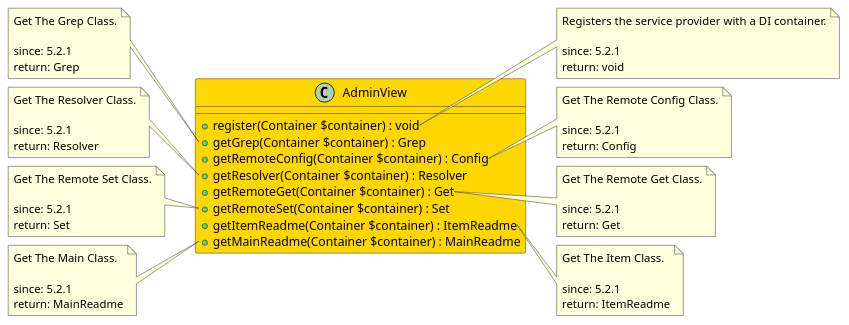
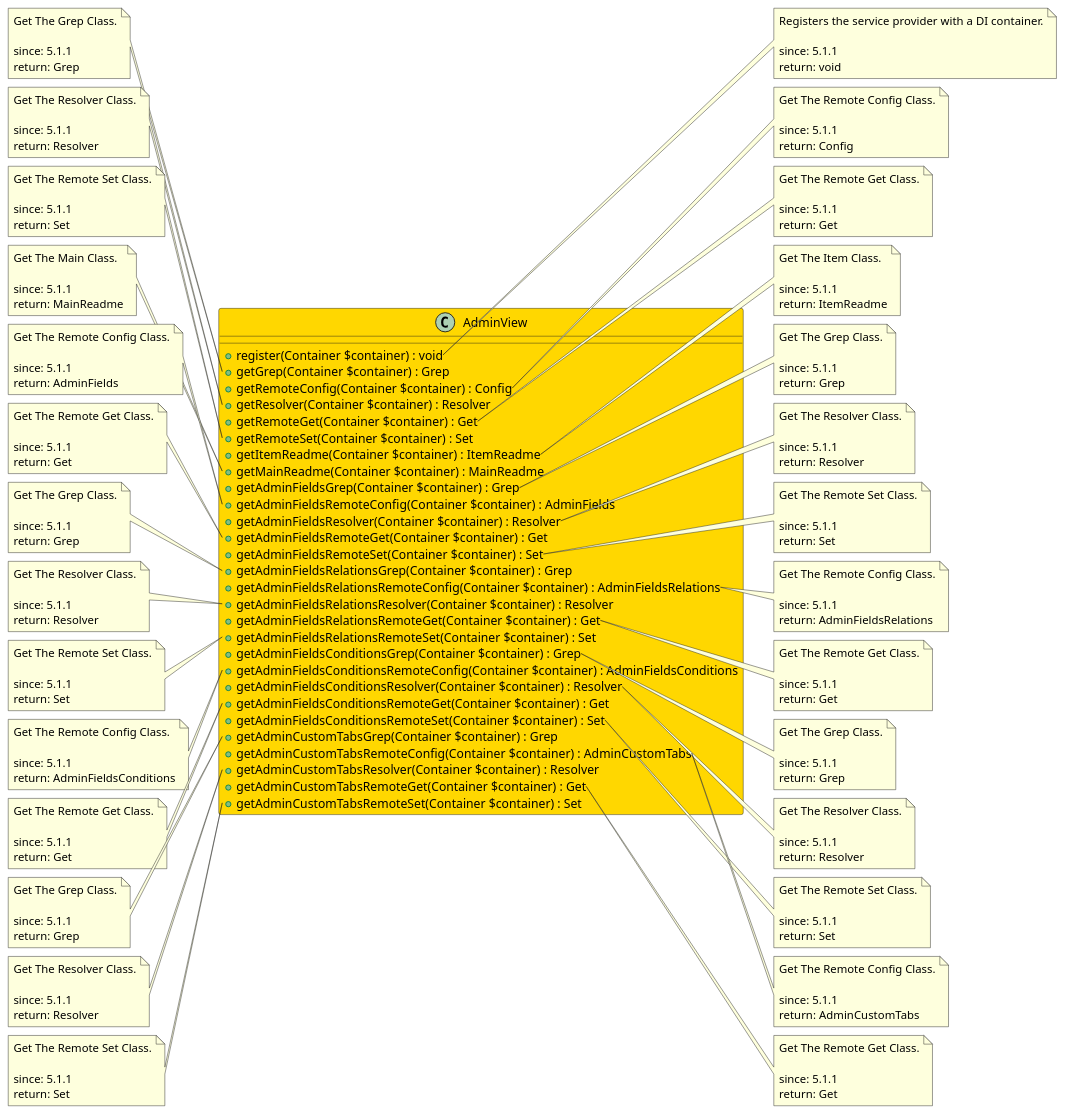
The diagram in src/22ff81e2-3f0f-4049-842c-622202c8e687/README.md (joomengine/jcb-packager), drawn with PlantUML before and after one commit. The commit also changed other lines of this file and 498 other files, not shown here.

````diff
--- a/src/22ff81e2-3f0f-4049-842c-622202c8e687/README.md
+++ b/src/22ff81e2-3f0f-4049-842c-622202c8e687/README.md
@@ -12,5 +5,6 @@
 ```uml
 @startuml
+
 class AdminView  #Gold {
   + register(Container $container) : void
   + getGrep(Container $container) : Grep
@@ -20,63 +14,223 @@
   + getRemoteSet(Container $container) : Set
   + getItemReadme(Container $container) : ItemReadme
   + getMainReadme(Container $container) : MainReadme
+  + getAdminFieldsGrep(Container $container) : Grep
+  + getAdminFieldsRemoteConfig(Container $container) : AdminFields
+  + getAdminFieldsResolver(Container $container) : Resolver
+  + getAdminFieldsRemoteGet(Container $container) : Get
+  + getAdminFieldsRemoteSet(Container $container) : Set
+  + getAdminFieldsRelationsGrep(Container $container) : Grep
+  + getAdminFieldsRelationsRemoteConfig(Container $container) : AdminFieldsRelations
+  + getAdminFieldsRelationsResolver(Container $container) : Resolver
+  + getAdminFieldsRelationsRemoteGet(Container $container) : Get
+  + getAdminFieldsRelationsRemoteSet(Container $container) : Set
+  + getAdminFieldsConditionsGrep(Container $container) : Grep
+  + getAdminFieldsConditionsRemoteConfig(Container $container) : AdminFieldsConditions
+  + getAdminFieldsConditionsResolver(Container $container) : Resolver
+  + getAdminFieldsConditionsRemoteGet(Container $container) : Get
+  + getAdminFieldsConditionsRemoteSet(Container $container) : Set
+  + getAdminCustomTabsGrep(Container $container) : Grep
+  + getAdminCustomTabsRemoteConfig(Container $container) : AdminCustomTabs
+  + getAdminCustomTabsResolver(Container $container) : Resolver
+  + getAdminCustomTabsRemoteGet(Container $container) : Get
+  + getAdminCustomTabsRemoteSet(Container $container) : Set
 }
 
 note right of AdminView::register
   Registers the service provider with a DI container.
 
-  since: 5.2.1
+  since: 5.1.1
   return: void
 end note
 
 note left of AdminView::getGrep
   Get The Grep Class.
 
-  since: 5.2.1
+  since: 5.1.1
   return: Grep
 end note
 
 note right of AdminView::getRemoteConfig
   Get The Remote Config Class.
 
-  since: 5.2.1
+  since: 5.1.1
   return: Config
 end note
 
 note left of AdminView::getResolver
   Get The Resolver Class.
 
-  since: 5.2.1
+  since: 5.1.1
   return: Resolver
 end note
 
 note right of AdminView::getRemoteGet
   Get The Remote Get Class.
 
-  since: 5.2.1
+  since: 5.1.1
   return: Get
 end note
 
 note left of AdminView::getRemoteSet
   Get The Remote Set Class.
 
-  since: 5.2.1
+  since: 5.1.1
   return: Set
 end note
 
 note right of AdminView::getItemReadme
   Get The Item Class.
 
-  since: 5.2.1
+  since: 5.1.1
   return: ItemReadme
 end note
 
 note left of AdminView::getMainReadme
   Get The Main Class.
 
-  since: 5.2.1
+  since: 5.1.1
   return: MainReadme
 end note
- 
+
+note right of AdminView::getAdminFieldsGrep
+  Get The Grep Class.
+
+  since: 5.1.1
+  return: Grep
+end note
+
+note left of AdminView::getAdminFieldsRemoteConfig
+  Get The Remote Config Class.
+
+  since: 5.1.1
+  return: AdminFields
+end note
+
+note right of AdminView::getAdminFieldsResolver
+  Get The Resolver Class.
+
+  since: 5.1.1
+  return: Resolver
+end note
+
+note left of AdminView::getAdminFieldsRemoteGet
+  Get The Remote Get Class.
+
+  since: 5.1.1
+  return: Get
+end note
+
+note right of AdminView::getAdminFieldsRemoteSet
+  Get The Remote Set Class.
+
+  since: 5.1.1
+  return: Set
+end note
+
+note left of AdminView::getAdminFieldsRelationsGrep
+  Get The Grep Class.
+
+  since: 5.1.1
+  return: Grep
+end note
+
+note right of AdminView::getAdminFieldsRelationsRemoteConfig
+  Get The Remote Config Class.
+
+  since: 5.1.1
+  return: AdminFieldsRelations
+end note
+
+note left of AdminView::getAdminFieldsRelationsResolver
+  Get The Resolver Class.
+
+  since: 5.1.1
+  return: Resolver
+end note
+
+note right of AdminView::getAdminFieldsRelationsRemoteGet
+  Get The Remote Get Class.
+
+  since: 5.1.1
+  return: Get
+end note
+
+note left of AdminView::getAdminFieldsRelationsRemoteSet
+  Get The Remote Set Class.
+
+  since: 5.1.1
+  return: Set
+end note
+
+note right of AdminView::getAdminFieldsConditionsGrep
+  Get The Grep Class.
+
+  since: 5.1.1
+  return: Grep
+end note
+
+note left of AdminView::getAdminFieldsConditionsRemoteConfig
+  Get The Remote Config Class.
+
+  since: 5.1.1
+  return: AdminFieldsConditions
+end note
+
+note right of AdminView::getAdminFieldsConditionsResolver
+  Get The Resolver Class.
+
+  since: 5.1.1
+  return: Resolver
+end note
+
+note left of AdminView::getAdminFieldsConditionsRemoteGet
+  Get The Remote Get Class.
+
+  since: 5.1.1
+  return: Get
+end note
+
+note right of AdminView::getAdminFieldsConditionsRemoteSet
+  Get The Remote Set Class.
+
+  since: 5.1.1
+  return: Set
+end note
+
+note left of AdminView::getAdminCustomTabsGrep
+  Get The Grep Class.
+
+  since: 5.1.1
+  return: Grep
+end note
+
+note right of AdminView::getAdminCustomTabsRemoteConfig
+  Get The Remote Config Class.
+
+  since: 5.1.1
+  return: AdminCustomTabs
+end note
+
+note left of AdminView::getAdminCustomTabsResolver
+  Get The Resolver Class.
+
+  since: 5.1.1
+  return: Resolver
+end note
+
+note right of AdminView::getAdminCustomTabsRemoteGet
+  Get The Remote Get Class.
+
+  since: 5.1.1
+  return: Get
+end note
+
+note left of AdminView::getAdminCustomTabsRemoteSet
+  Get The Remote Set Class.
+
+  since: 5.1.1
+  return: Set
+end note
+
 @enduml
 ```
````
